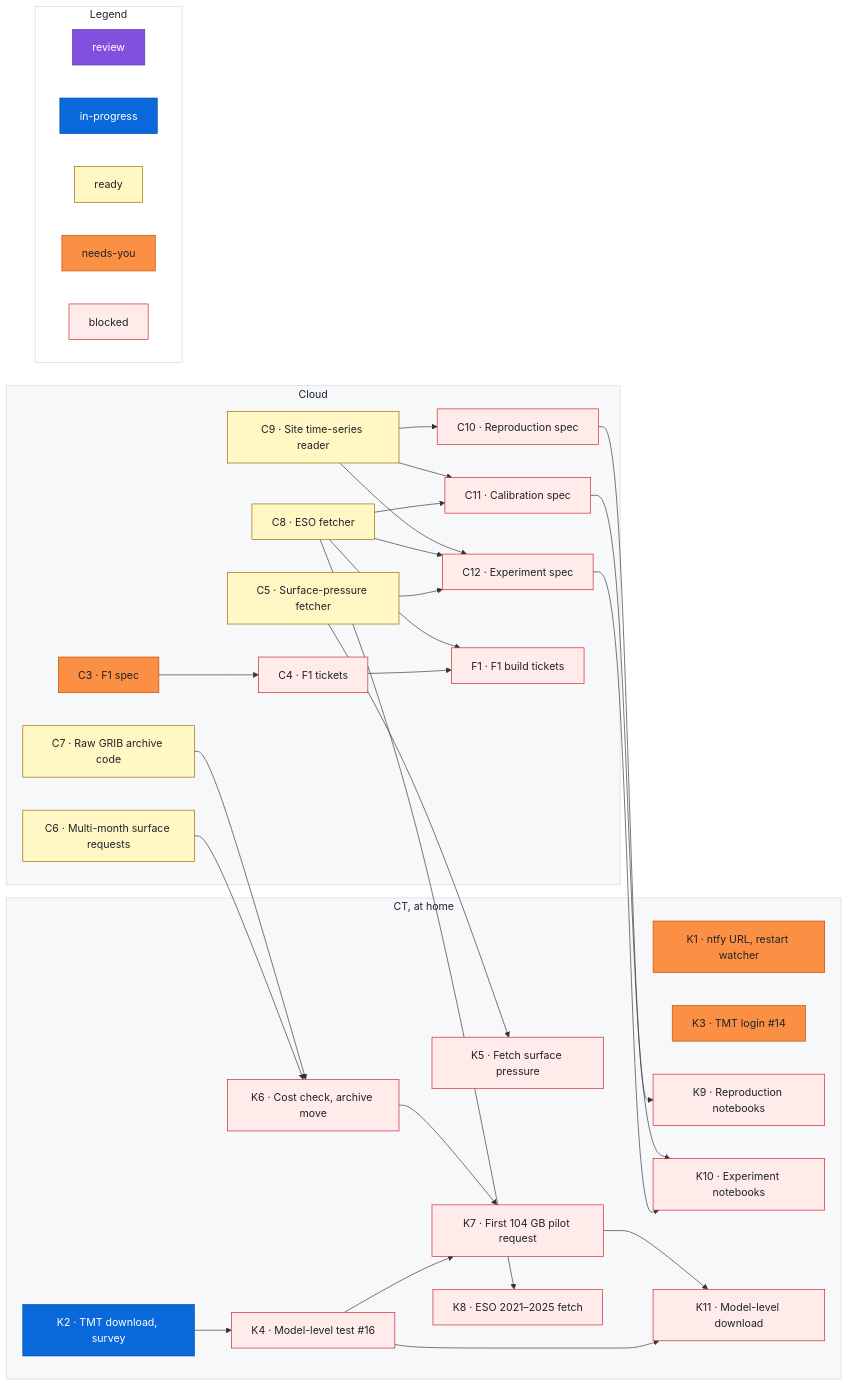
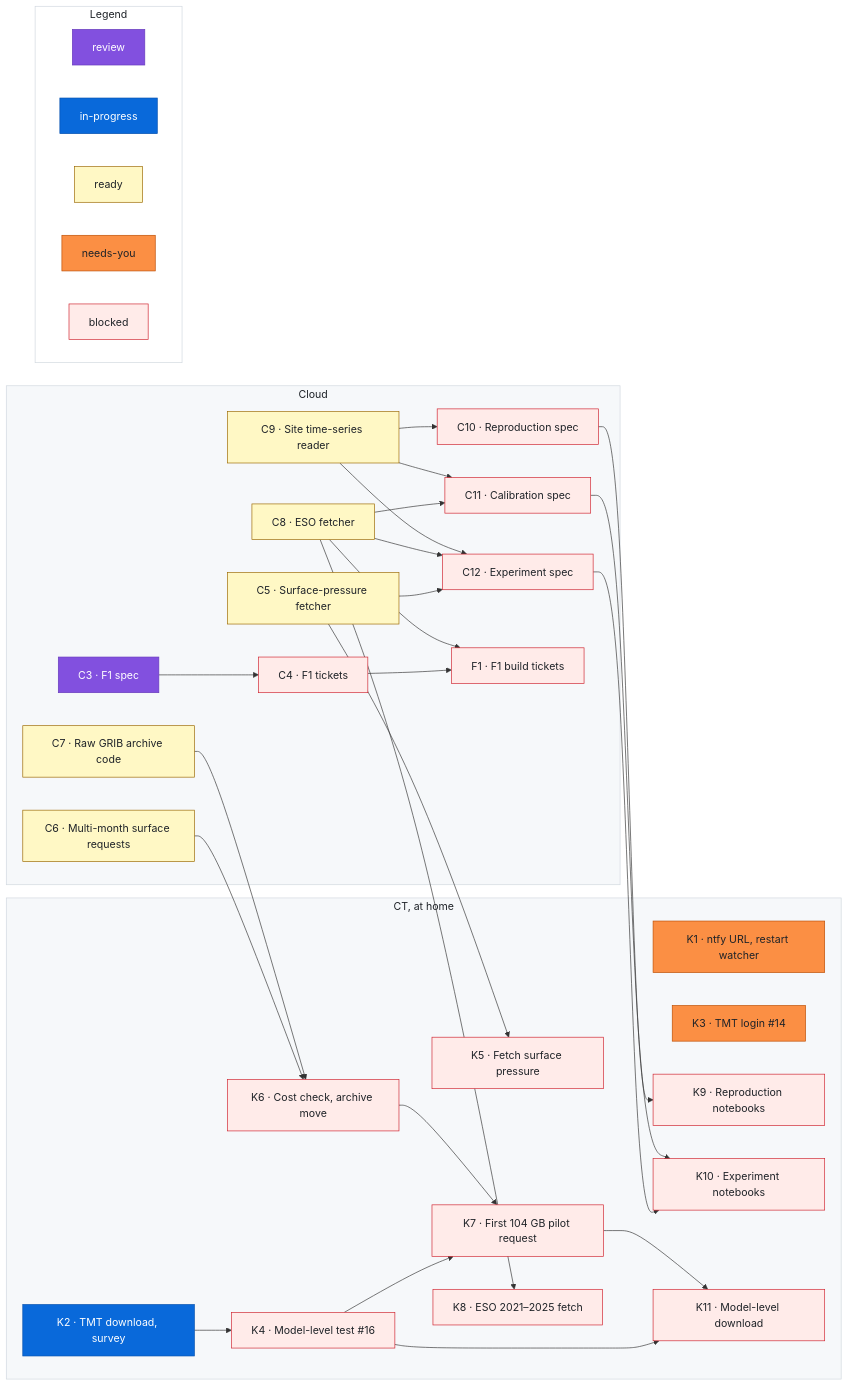
The diagram in docs/roadmap.md (rrweller/Astro-seeing), drawn with Mermaid before and after one commit. The commit also changed other lines of this file, not shown here.

Commit message:
roadmap: C3 needs-you → review
Claude-Session: https://claude.ai/code/session_01ECS9rZACQZdAEdTqaRJbEG

```diff
--- a/docs/roadmap.md
+++ b/docs/roadmap.md
@@ -129,7 +129,7 @@
   classDef needsyou fill:#fb8f44,stroke:#bc4c00,color:#1f2328
   classDef blocked fill:#ffebe9,stroke:#cf222e,color:#1f2328
   %% Status lines: one per item, each followed by a `%% ---` spacer. Sessions change only the last word.
-  class C3 needsyou
+  class C3 review
   %% ---
   class C4 blocked
   %% ---
```
